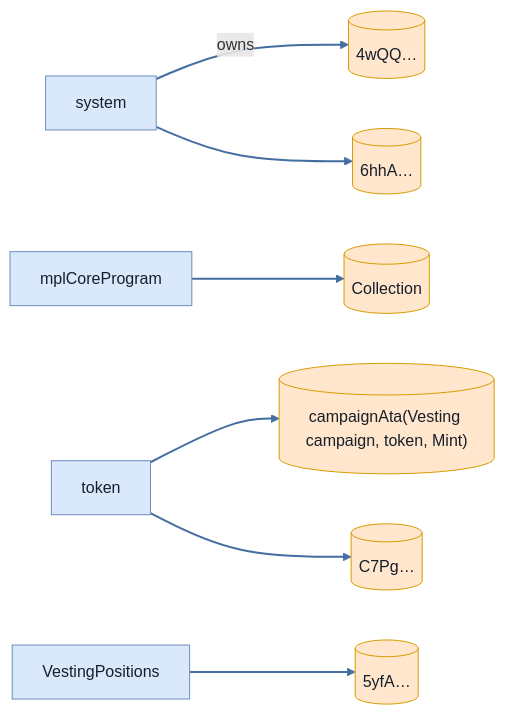
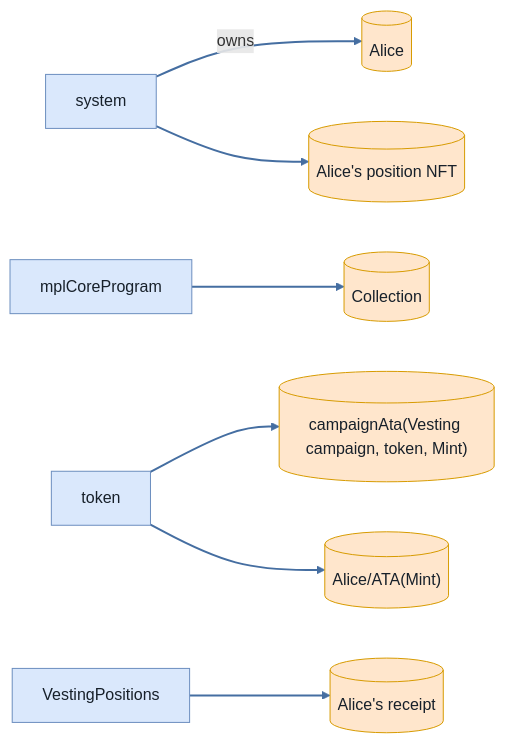
One commit to cds-turbin3/vesting-position changed the sixth of 6 diagrams in babelfish-tests/test-report/scenario_10_claim_before_start_fails.md. Above: the diagram before and after it, drawn with Mermaid. The commit also changed other lines of this file and 104 other files, not shown here.

````diff
--- a/babelfish-tests/test-report/scenario_10_claim_before_start_fails.md
+++ b/babelfish-tests/test-report/scenario_10_claim_before_start_fails.md
@@ -278,23 +277,23 @@
 ```mermaid
 flowchart LR
     system["system"]:::program
-    n4wQQ[("4wQQ…")]:::state
+    Alice[("Alice")]:::state
     mplCoreProgram["mplCoreProgram"]:::program
     Collection[("Collection")]:::state
     token["token"]:::program
     campaignAtaVestingcampaigntokenMint[("campaignAta(Vesting campaign, token, Mint)")]:::state
-    C7Pg[("C7Pg…")]:::state
-    n6hhA[("6hhA…")]:::state
+    AliceATAMint[("Alice/ATA(Mint)")]:::state
+    AlicespositionNFT[("Alice's position NFT")]:::state
     VestingPositions["VestingPositions"]:::program
-    n5yfA[("5yfA…")]:::state
-    system -->|owns| n4wQQ
+    Alicesreceipt[("Alice's receipt")]:::state
+    system -->|owns| Alice
     mplCoreProgram --> Collection
     token --> campaignAtaVestingcampaigntokenMint
-    token --> C7Pg
-    system --> n6hhA
-    VestingPositions --> n5yfA
+    token --> AliceATAMint
+    system --> AlicespositionNFT
+    VestingPositions --> Alicesreceipt
     classDef program fill:#dae8fc,stroke:#6c8ebf,color:#17202a;
     classDef signer fill:#d5e8d4,stroke:#82b366,color:#17202a;
     classDef state fill:#ffe6cc,stroke:#d79b00,color:#17202a;
     linkStyle 0,1,2,3,4,5 stroke:#456ea1,stroke-width:2px
 ```
````
